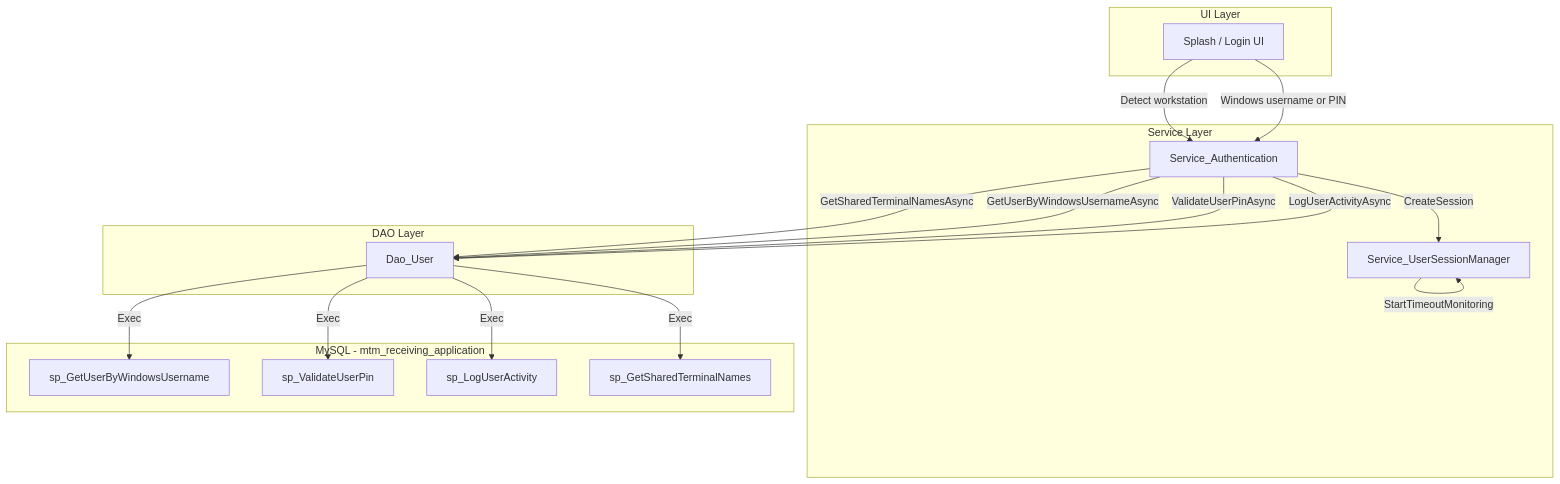
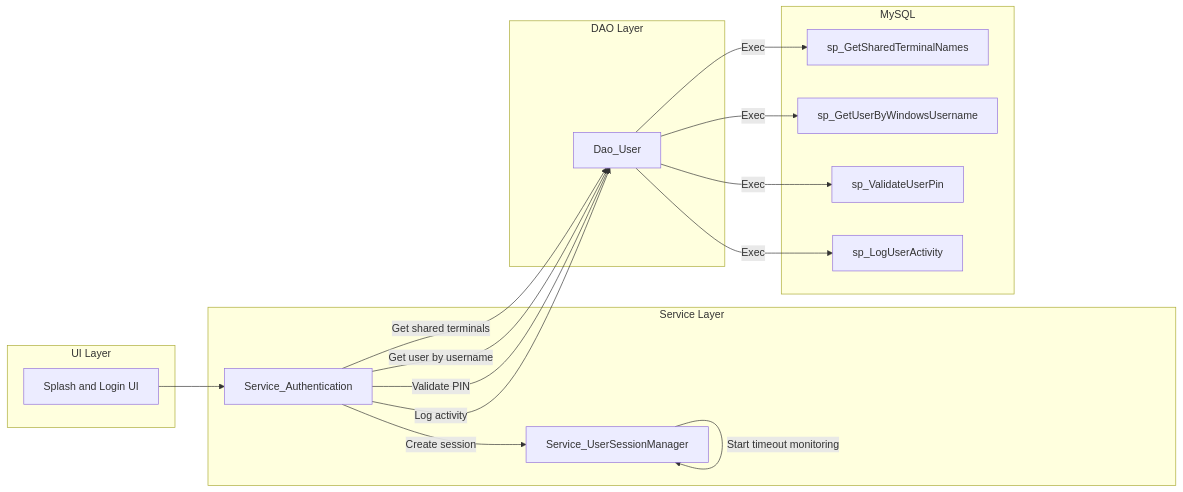
One commit to JDKoll1982/MTM_Receiving_Application changed the first of 3 diagrams in _bmad/_memory/docent-sidecar/knowledge/Module_Core.md. Above: the diagram before and after it, drawn with Mermaid. The commit also changed other lines of this file and 48 other files, not shown here.

````diff
--- a/_bmad/_memory/docent-sidecar/knowledge/Module_Core.md
+++ b/_bmad/_memory/docent-sidecar/knowledge/Module_Core.md
@@ -136,39 +136,32 @@
 ```mermaid
-flowchart TD
+flowchart LR
   subgraph UI[UI Layer]
-    Splash[Splash / Login UI]
+    Splash[Splash and Login UI]
   end
 
   subgraph SVC[Service Layer]
     AuthSVC[Service_Authentication]
     SessSVC[Service_UserSessionManager]
   end
 
   subgraph DAO[DAO Layer]
     UserDAO[Dao_User]
   end
 
-  subgraph DB[MySQL - mtm_receiving_application]
+  subgraph DB[MySQL]
+    SP_Shared[sp_GetSharedTerminalNames]
     SP_GetUser[sp_GetUserByWindowsUsername]
     SP_ValidatePin[sp_ValidateUserPin]
     SP_Log[sp_LogUserActivity]
-    SP_Shared[sp_GetSharedTerminalNames]
   end
 
-  Splash -->|Detect workstation| AuthSVC
-  AuthSVC -->|GetSharedTerminalNamesAsync| UserDAO
-  UserDAO -->|Exec| SP_Shared
+  Splash --> AuthSVC
 
-  Splash -->|Windows username or PIN| AuthSVC
-  AuthSVC -->|GetUserByWindowsUsernameAsync| UserDAO
-  UserDAO -->|Exec| SP_GetUser
+  AuthSVC -->|Get shared terminals| UserDAO -->|Exec| SP_Shared
+  AuthSVC -->|Get user by username| UserDAO -->|Exec| SP_GetUser
+  AuthSVC -->|Validate PIN| UserDAO -->|Exec| SP_ValidatePin
+  AuthSVC -->|Log activity| UserDAO -->|Exec| SP_Log
 
-  AuthSVC -->|ValidateUserPinAsync| UserDAO
-  UserDAO -->|Exec| SP_ValidatePin
-
-  AuthSVC -->|LogUserActivityAsync| UserDAO
-  UserDAO -->|Exec| SP_Log
-
-  AuthSVC -->|CreateSession| SessSVC
-  SessSVC -->|StartTimeoutMonitoring| SessSVC
+  AuthSVC -->|Create session| SessSVC
+  SessSVC -->|Start timeout monitoring| SessSVC
 ```
````
